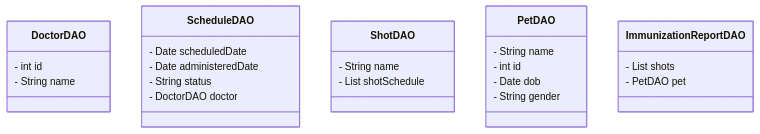
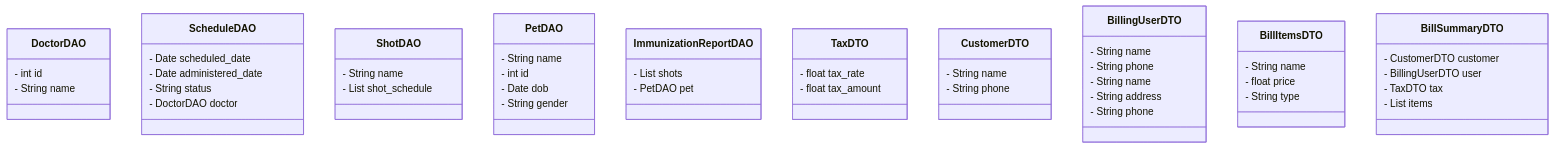
The third of 3 diagrams in README.md (glanzz/ImmunET), drawn with Mermaid before and after one commit. The commit also changed other lines of this file, not shown here.

````diff
--- a/README.md
+++ b/README.md
@@ -243,28 +243,56 @@
 ```mermaid
   classDiagram
   class DoctorDAO {
       - int id 
       - String name
     }
     class ScheduleDAO {
-      - Date scheduledDate
-      - Date administeredDate
+      - Date scheduled_date
+      - Date administered_date
       - String status 
       - DoctorDAO doctor 
     }
     class ShotDAO {
       - String name
-      - List<ScheduleDAO> shotSchedule
+      - List<ScheduleDAO> shot_schedule
     }
 
     class PetDAO {
       - String name
       - int id
       - Date dob
       - String gender
     }
     class ImmunizationReportDAO {
       - List<ShotDAO> shots
       - PetDAO pet
     }
+    class TaxDTO {
+      - float tax_rate
+      - float tax_amount
+    }
+    class CustomerDTO {
+      - String name
+      - String phone
+    }
+    class BillingUserDTO {
+      - String name
+      - String phone
+    }
+    class BillingUserDTO {
+      - String name
+      - String address
+      - String phone
+    }
+    class BillItemsDTO {
+      - String name
+      - float price
+      - String type
+    }
+    class BillSummaryDTO {
+      - CustomerDTO customer
+      - BillingUserDTO user
+      - TaxDTO tax
+      - List<BillItemsDTO> items
+    }
 ```
````
